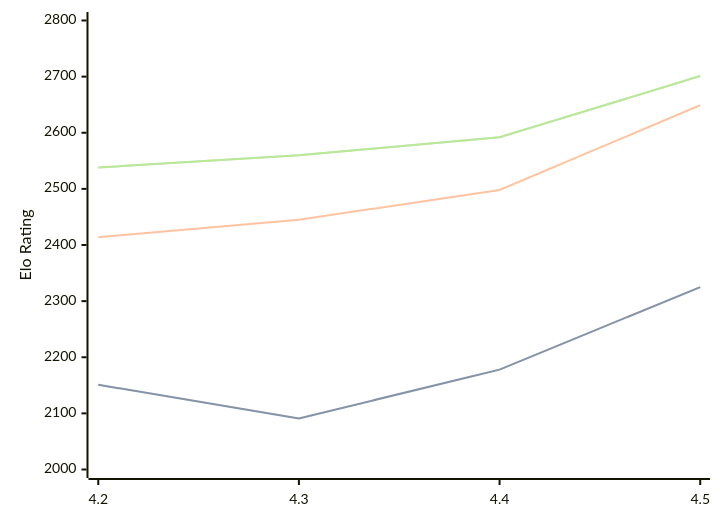
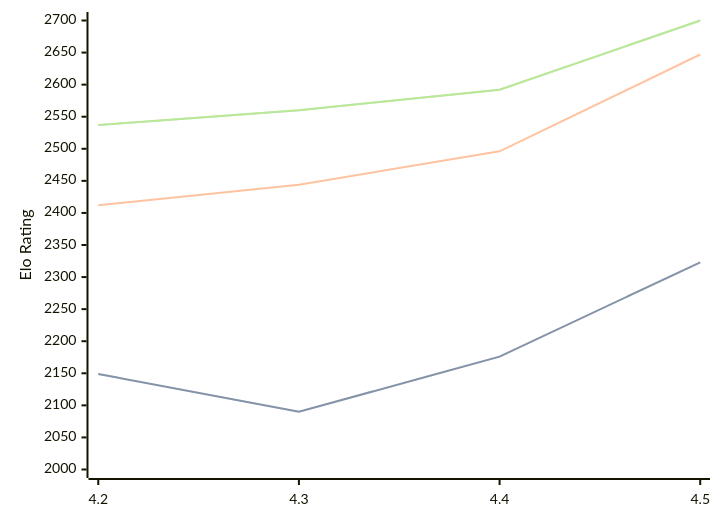
Before and after one commit to computer-chess-index/cci: the first of 3 diagrams in engines/Eubos.md, drawn with Mermaid. The commit also changed other lines of this file, not shown here.

Commit message:
Update CCI Ratings (ELO VLTC) - 2026-06-26

````diff
--- a/engines/Eubos.md
+++ b/engines/Eubos.md
@@ -90,11 +90,11 @@
 ```mermaid
 %%{init: {"theme":"base","themeVariables":{"seriesColors:['#a3a3a3','#222221','#faa371']}}}%%
 xychart-beta
   x-axis ["4.2", "4.3", "4.4", "4.5"]
-  y-axis "Elo Rating" 2000 --> 2800
-  line "STC (8.0+0.08s)" [2151, 2091, 2178, 2325]
-  line "STC (8.0+0.08s)" [2151, 2091, 2178, 2325]
-  line "LTC (60.0+0.60s)" [2414, 2445, 2498, 2649]
-  line "VLTC (2m24s+1.12s)" [2538, 2560, 2592, 2701]
-  line "VLTC (2m24s+1.12s)" [2538, 2560, 2592, 2701]
+  y-axis "Elo Rating" 2000 --> 2700
+  line "STC (8.0+0.08s)" [2149, 2090, 2176, 2323]
+  line "STC (8.0+0.08s)" [2149, 2090, 2176, 2323]
+  line "LTC (60.0+0.60s)" [2412, 2444, 2496, 2647]
+  line "VLTC (2m24s+1.12s)" [2537, 2560, 2592, 2700]
+  line "VLTC (2m24s+1.12s)" [2537, 2560, 2592, 2700]
 ```
````
